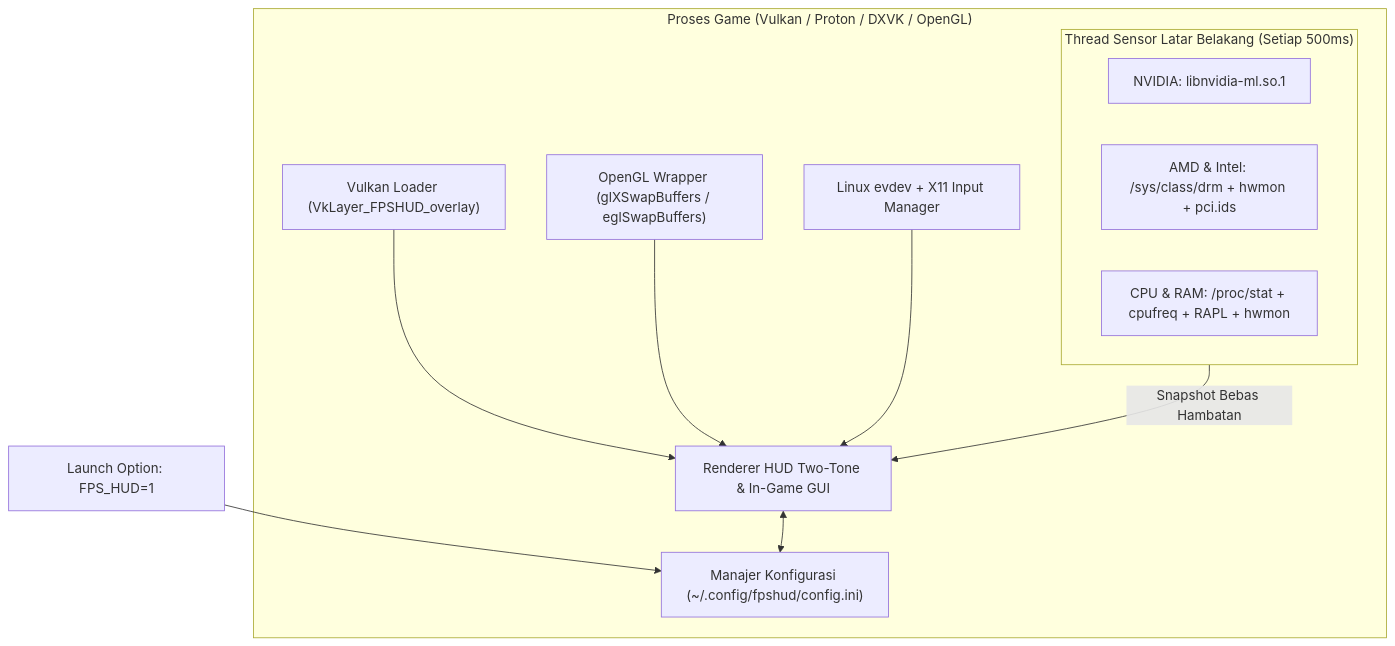
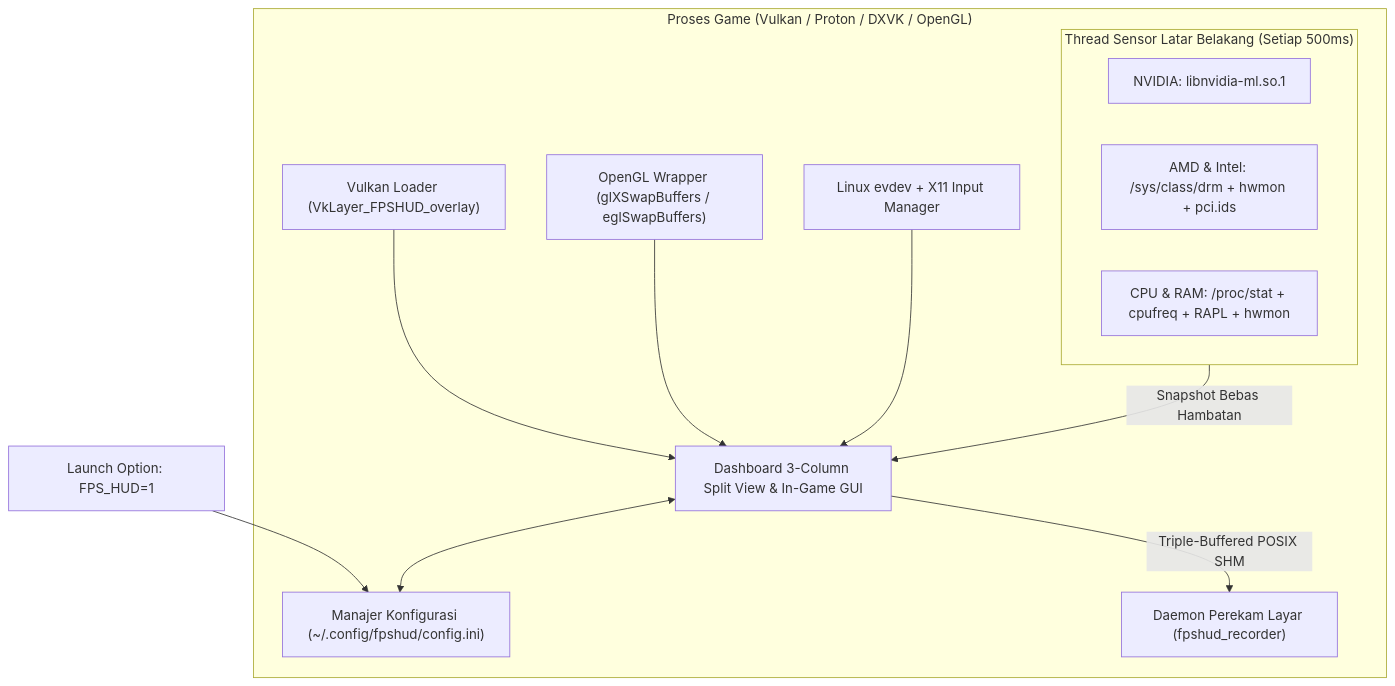
Before and after one commit to budicuy/FPS_HUD_FOR_LINUX: the diagram in README.id.md, drawn with Mermaid. The commit also changed other lines of this file and 1 other file, not shown here.

Commit message:
docs: synchronize README with 3-column dashboard, screen recorder, and Clang 23 pipeline

````diff
--- a/README.id.md
+++ b/README.id.md
@@ -212,16 +252,17 @@
 ```mermaid
 flowchart TD
     Env["Launch Option: FPS_HUD=1"] --> Init["Manajer Konfigurasi (~/.config/fpshud/config.ini)"]
     subgraph GameProcess["Proses Game (Vulkan / Proton / DXVK / OpenGL)"]
-        VK["Vulkan Loader (VkLayer_FPSHUD_overlay)"] --> HUD["Renderer HUD Two-Tone & In-Game GUI"]
+        VK["Vulkan Loader (VkLayer_FPSHUD_overlay)"] --> HUD["Dashboard 3-Column Split View & In-Game GUI"]
         GL["OpenGL Wrapper (glXSwapBuffers / eglSwapBuffers)"] --> HUD
         Input["Linux evdev + X11 Input Manager"] --> HUD
         HUD <--> Init
         subgraph Worker["Thread Sensor Latar Belakang (Setiap 500ms)"]
             NV["NVIDIA: libnvidia-ml.so.1"]
             DRM["AMD & Intel: /sys/class/drm + hwmon + pci.ids"]
             CPU["CPU & RAM: /proc/stat + cpufreq + RAPL + hwmon"]
         end
         Worker -->|Snapshot Bebas Hambatan| HUD
+        HUD -->|Triple-Buffered POSIX SHM| RecDaemon["Daemon Perekam Layar (fpshud_recorder)"]
     end
 ```
````
